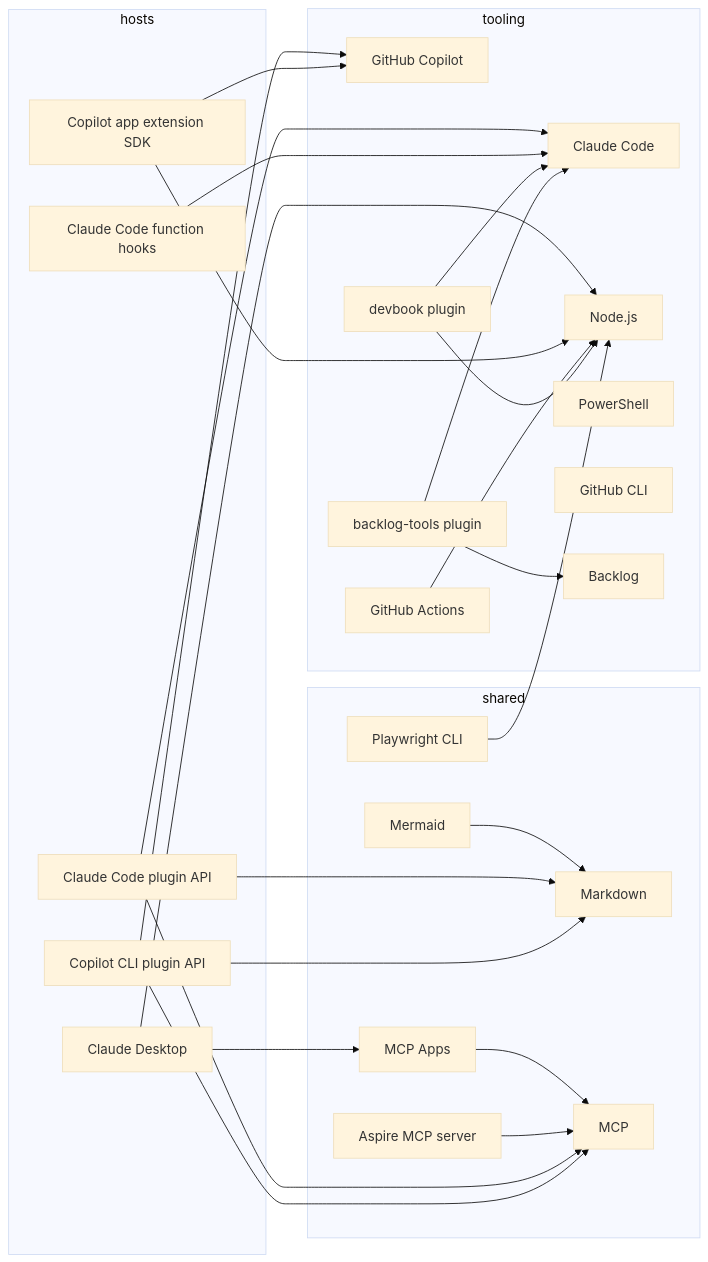
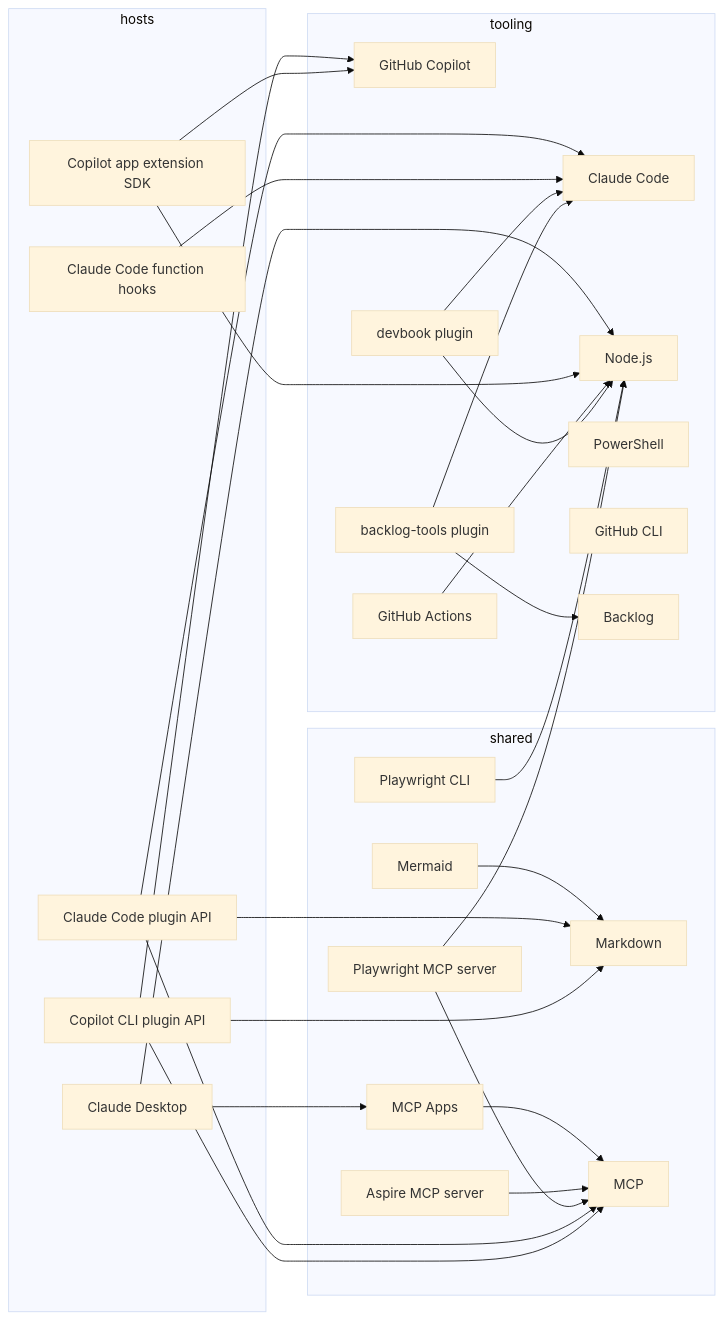
One commit to JSdotNet/ai-plugins changed the diagram in .devbook/tech/technology-graph.md. Above: the diagram before and after it, drawn with Mermaid (base theme).

Commit message:
docs(tech): add the retired Playwright MCP server to the graph

````diff
--- a/.devbook/tech/technology-graph.md
+++ b/.devbook/tech/technology-graph.md
@@ -23,49 +23,52 @@
 ```mermaid
 graph LR
     subgraph shared
         markdown[Markdown]
         mermaid[Mermaid]
         mcp[MCP]
         mcp-apps[MCP Apps]
         aspire-mcp[Aspire MCP server]
         playwright-cli[Playwright CLI]
+        playwright-mcp[Playwright MCP server]
     end
     subgraph hosts
         claude-api[Claude Code plugin API]
         copilot-api[Copilot CLI plugin API]
         claude-desktop[Claude Desktop]
         copilot-sdk[Copilot app extension SDK]
         claude-hooks[Claude Code function hooks]
     end
     subgraph tooling
         claude-code[Claude Code]
         copilot[GitHub Copilot]
         node[Node.js]
         pwsh[PowerShell]
         actions[GitHub Actions]
         gh[GitHub CLI]
         devbook[devbook plugin]
         backlog[Backlog]
         backlog-tools[backlog-tools plugin]
     end
     mermaid --> markdown
     mcp-apps --> mcp
     aspire-mcp --> mcp
     playwright-cli --> node
+    playwright-mcp --> mcp
+    playwright-mcp --> node
     claude-api --> claude-code
     claude-api --> markdown
     claude-api --> mcp
     copilot-api --> copilot
     copilot-api --> markdown
     copilot-api --> mcp
     claude-desktop --> mcp-apps
     claude-desktop --> node
     copilot-sdk --> copilot
     copilot-sdk --> node
     claude-hooks --> claude-code
     actions --> node
     devbook --> node
     devbook --> claude-code
     backlog-tools --> claude-code
     backlog-tools --> backlog
 ```
````
